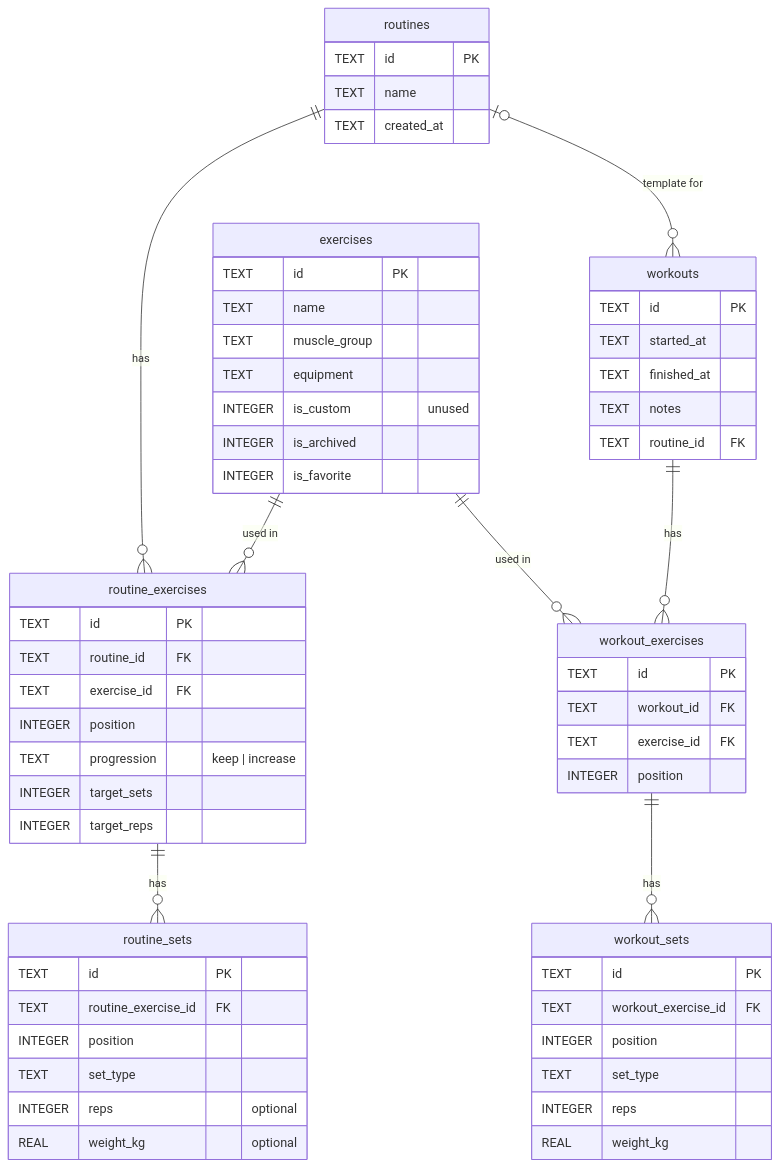
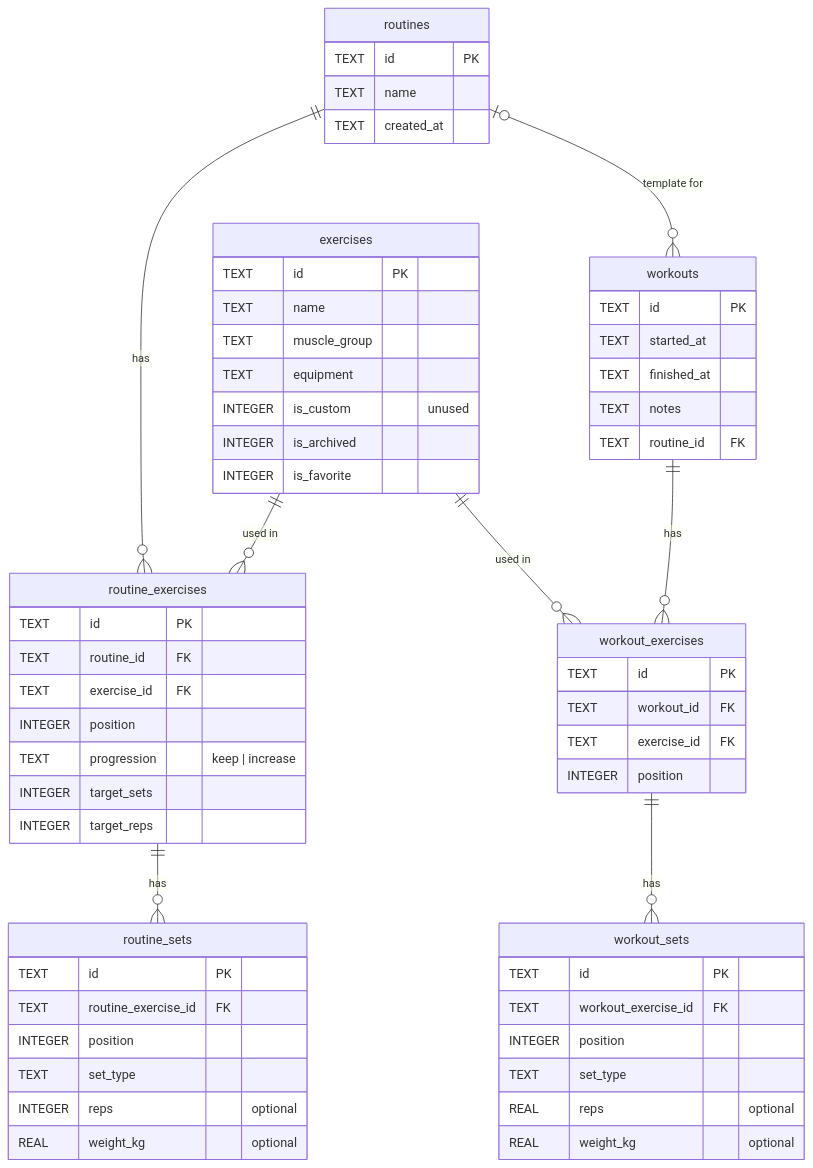
Before and after one commit to ABorges2003/GymLog: the first of 2 diagrams in README.md, drawn with Mermaid. The commit also changed other lines of this file and 14 other files, not shown here.

````diff
--- a/README.md
+++ b/README.md
@@ -99,63 +99,63 @@
 ```mermaid
 erDiagram
     routines ||--o{ routine_exercises : "has"
     routine_exercises ||--o{ routine_sets : "has"
     routines |o--o{ workouts : "template for"
     exercises ||--o{ routine_exercises : "used in"
     exercises ||--o{ workout_exercises : "used in"
     workouts ||--o{ workout_exercises : "has"
     workout_exercises ||--o{ workout_sets : "has"
 
     routines {
         TEXT id PK
         TEXT name
         TEXT created_at
     }
     routine_exercises {
         TEXT id PK
         TEXT routine_id FK
         TEXT exercise_id FK
         INTEGER position
         TEXT progression "keep | increase"
         INTEGER target_sets
         INTEGER target_reps
     }
     routine_sets {
         TEXT id PK
         TEXT routine_exercise_id FK
         INTEGER position
         TEXT set_type
         INTEGER reps "optional"
         REAL weight_kg "optional"
     }
     exercises {
         TEXT id PK
         TEXT name
         TEXT muscle_group
         TEXT equipment
         INTEGER is_custom "unused"
         INTEGER is_archived
         INTEGER is_favorite
     }
     workouts {
         TEXT id PK
         TEXT started_at
         TEXT finished_at
         TEXT notes
         TEXT routine_id FK
     }
     workout_exercises {
         TEXT id PK
         TEXT workout_id FK
         TEXT exercise_id FK
         INTEGER position
     }
     workout_sets {
         TEXT id PK
         TEXT workout_exercise_id FK
         INTEGER position
         TEXT set_type
-        INTEGER reps
-        REAL weight_kg
+        REAL reps "optional"
+        REAL weight_kg "optional"
     }
 ```
````
